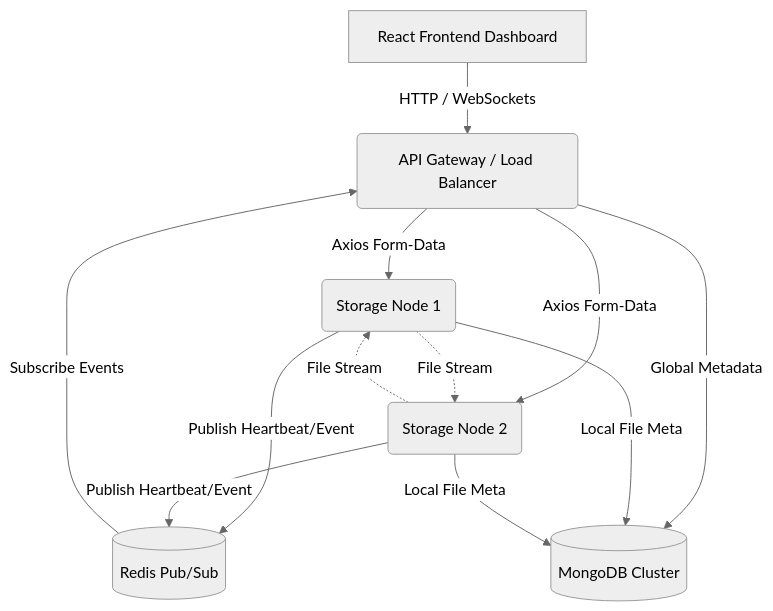
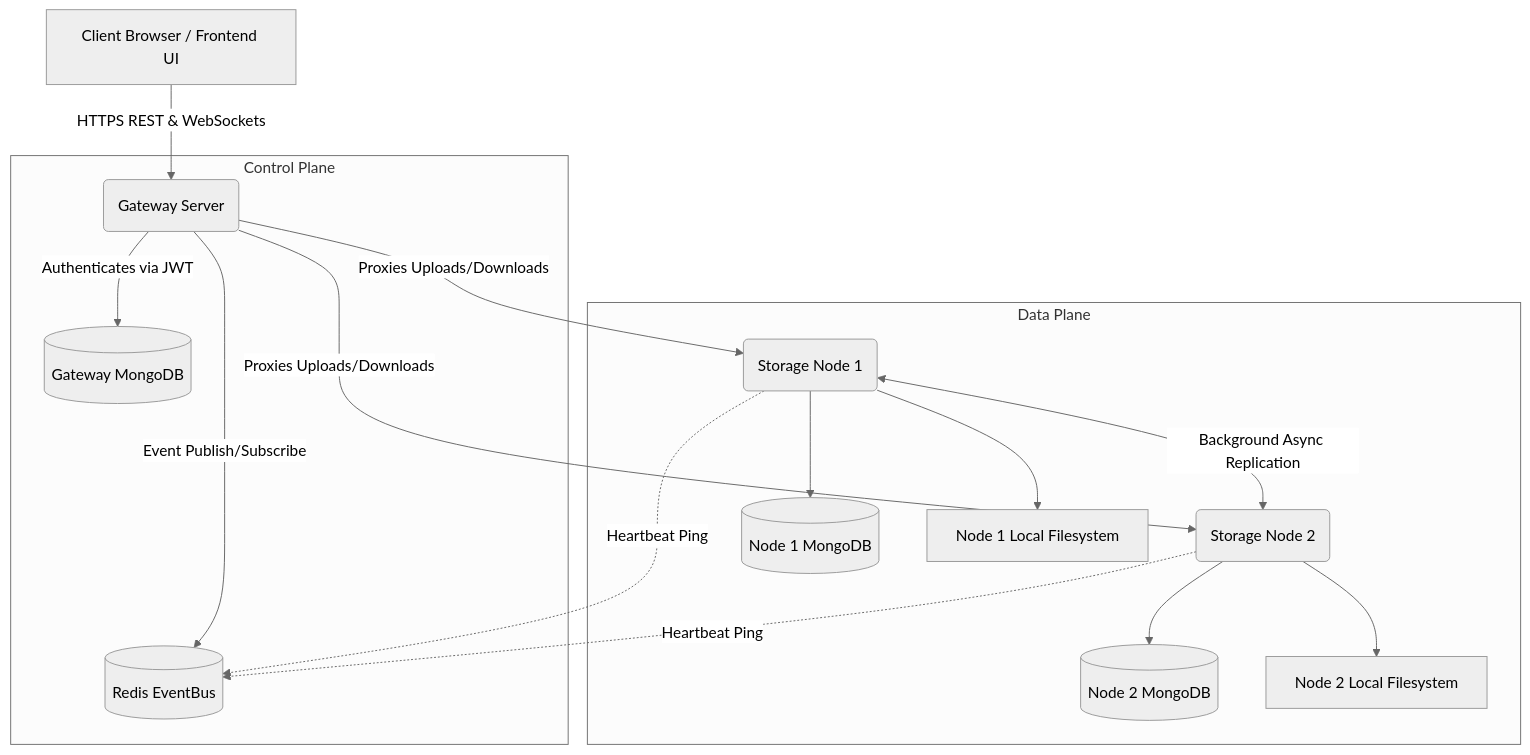
Before and after one commit to SakshyamKataria/collegeDocumentStorage: the diagram in README.md, drawn with Mermaid (neutral theme). The commit also changed other lines of this file and 61 other files, not shown here.

````diff
--- a/README.md
+++ b/README.md
@@ -11,17 +11,25 @@
 ```mermaid
 graph TD
-    Client[React Frontend Dashboard] -->|HTTP / WebSockets| Gateway(API Gateway / Load Balancer)
-    Gateway -->|Axios Form-Data| Node1(Storage Node 1)
-    Gateway -->|Axios Form-Data| Node2(Storage Node 2)
+    Client[Client Browser / Frontend UI] -->|HTTPS REST & WebSockets| Gateway(Gateway Server)
     
-    Node1 -.->|File Stream| Node2
-    Node2 -.->|File Stream| Node1
+    subgraph Control Plane
+        Gateway -->|Authenticates via JWT| AuthDB[(Gateway MongoDB)]
+        Gateway -->|Event Publish/Subscribe| Redis[(Redis EventBus)]
+    end
     
-    Node1 -->|Publish Heartbeat/Event| Redis[(Redis Pub/Sub)]
-    Node2 -->|Publish Heartbeat/Event| Redis
-    Redis -->|Subscribe Events| Gateway
+    subgraph Data Plane
+        Gateway -->|Proxies Uploads/Downloads| Node1(Storage Node 1)
+        Gateway -->|Proxies Uploads/Downloads| Node2(Storage Node 2)
+        
+        Node1 <-->|Background Async Replication| Node2
+        
+        Node1 --> N1DB[(Node 1 MongoDB)]
+        Node1 --> N1FS[Node 1 Local Filesystem]
+        
+        Node2 --> N2DB[(Node 2 MongoDB)]
+        Node2 --> N2FS[Node 2 Local Filesystem]
+    end
     
-    Gateway -->|Global Metadata| MongoDB[(MongoDB Cluster)]
-    Node1 -->|Local File Meta| MongoDB
-    Node2 -->|Local File Meta| MongoDB
+    Node1 -.->|Heartbeat Ping| Redis
+    Node2 -.->|Heartbeat Ping| Redis
 ```
````
